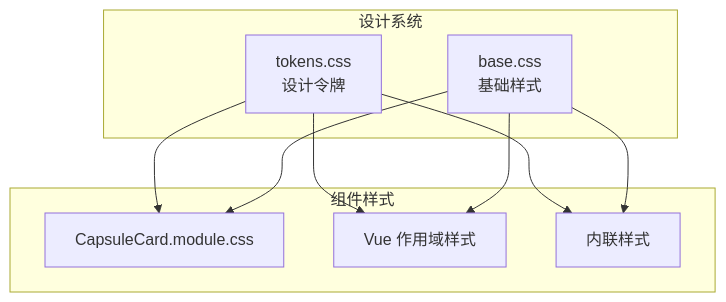
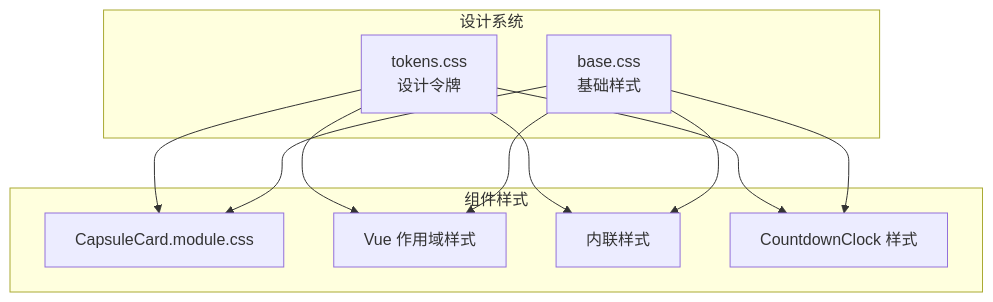
One commit to alexy2008/TimeCapsule changed diagram 14 of 15 in .qoder/repowiki/zh/content/前端实现详解/Vue 3 实现/组件系统设计/CapsuleCard 胶囊卡片组件.md. Above: the diagram before and after it, drawn with Mermaid. The commit also changed other lines of this file and 22 other files, not shown here.

````diff
--- a/.qoder/repowiki/zh/content/前端实现详解/Vue 3 实现/组件系统设计/CapsuleCard 胶囊卡片组件.md
+++ b/.qoder/repowiki/zh/content/前端实现详解/Vue 3 实现/组件系统设计/CapsuleCard 胶囊卡片组件.md
@@ -310,18 +503,21 @@
 ```mermaid
 graph TB
 subgraph "设计系统"
 Tokens[tokens.css<br/>设计令牌]
 Base[base.css<br/>基础样式]
 end
 subgraph "组件样式"
 ReactCSS[CapsuleCard.module.css]
 VueCSS[Vue 作用域样式]
 AngularCSS[内联样式]
+CountdownCSS[CountdownClock 样式]
 end
 Tokens --> ReactCSS
 Tokens --> VueCSS
 Tokens --> AngularCSS
+Tokens --> CountdownCSS
 Base --> ReactCSS
 Base --> VueCSS
 Base --> AngularCSS
+Base --> CountdownCSS
 ```
````
